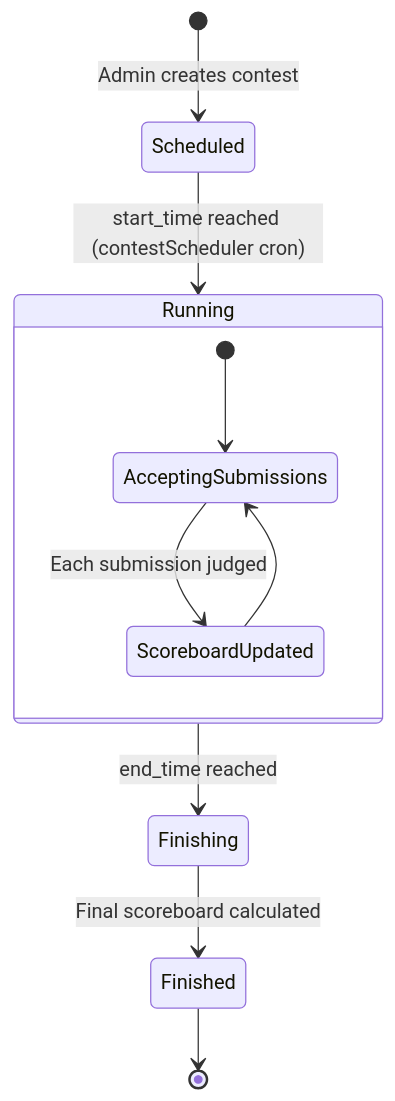
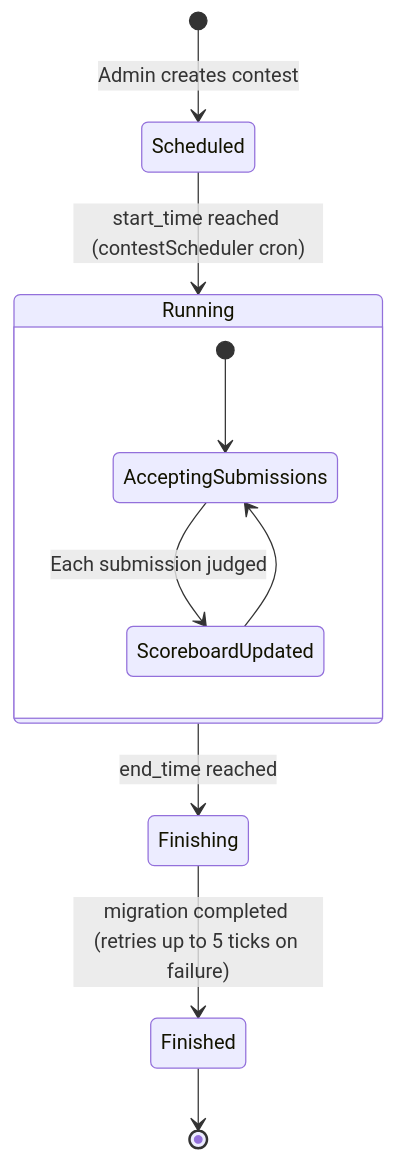
One commit to Nonbangkok/OJ changed the fourth of 5 diagrams in .context/ARCHITECTURE.md. Above: the diagram before and after it, drawn with Mermaid. The commit also changed other lines of this file and 15 other files, not shown here.

````diff
--- a/.context/ARCHITECTURE.md
+++ b/.context/ARCHITECTURE.md
@@ -310,14 +372,14 @@
 ```mermaid
 stateDiagram-v2
     [*] --> Scheduled: Admin creates contest
     Scheduled --> Running: start_time reached (contestScheduler cron)
     Running --> Finishing: end_time reached
-    Finishing --> Finished: Final scoreboard calculated
+    Finishing --> Finished: migration completed (retries up to 5 ticks on failure)
     Finished --> [*]
 
     state Running {
         [*] --> AcceptingSubmissions
         AcceptingSubmissions --> ScoreboardUpdated: Each submission judged
         ScoreboardUpdated --> AcceptingSubmissions
     }
 ```
````
